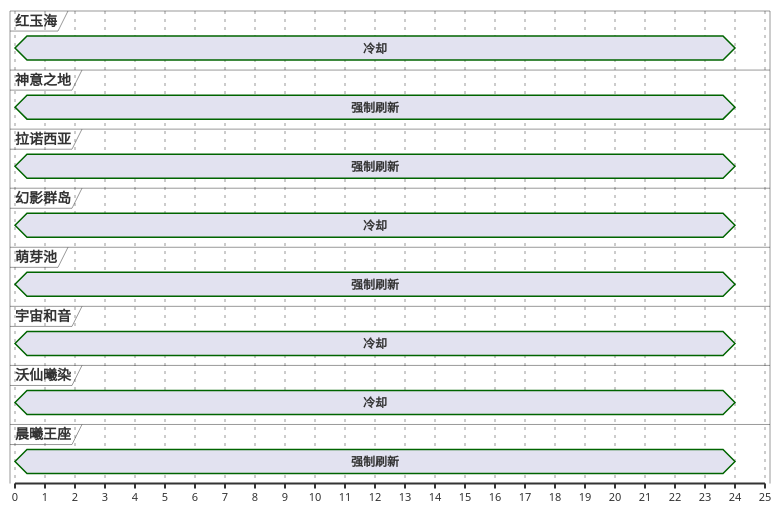
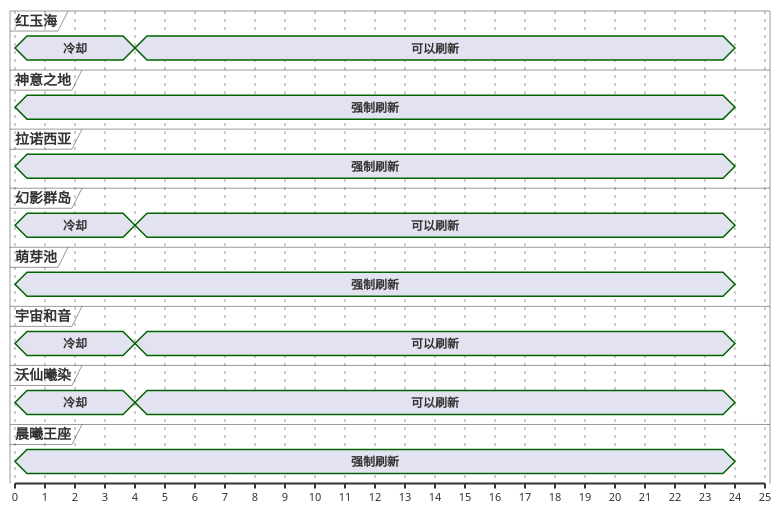
Before and after one commit to Eroleice/doc-pi: the first of 13 diagrams in ffxiv/hunt/2.0/the-Garlok.md, drawn with PlantUML. The commit also changed other lines of this file and 38 other files, not shown here.

````diff
--- a/ffxiv/hunt/2.0/the-Garlok.md
+++ b/ffxiv/hunt/2.0/the-Garlok.md
@@ -33,55 +33,55 @@
 ```plantuml
 @startuml
 scale 1 as 30 pixels
 
 concise 红玉海
 concise 神意之地
 concise 拉诺西亚
 concise 幻影群岛
 concise 萌芽池
 concise 宇宙和音
 concise 沃仙曦染
 concise 晨曦王座
 
 @萌芽池
 0 is 强制刷新
 24 is {hidden}
 
 @拉诺西亚
 0 is 强制刷新
 24 is {hidden}
 
 @神意之地
 0 is 强制刷新
 24 is {hidden}
 
 @晨曦王座
 0 is 强制刷新
 24 is {hidden}
 
 @宇宙和音
 0 is 冷却
-0 is 可以刷新
-0 is 强制刷新
+4 is 可以刷新
+4 is 强制刷新
 24 is {hidden}
 
 @沃仙曦染
 0 is 冷却
-0 is 可以刷新
-0 is 强制刷新
+4 is 可以刷新
+4 is 强制刷新
 24 is {hidden}
 
 @红玉海
 0 is 冷却
-0 is 可以刷新
-0 is 强制刷新
+4 is 可以刷新
+4 is 强制刷新
 24 is {hidden}
 
 @幻影群岛
 0 is 冷却
-0 is 可以刷新
-0 is 强制刷新
+4 is 可以刷新
+4 is 强制刷新
 24 is {hidden}
 
 @enduml
 ```
````
